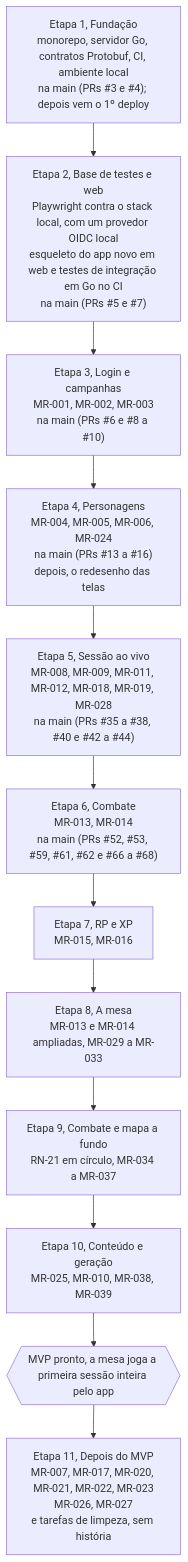
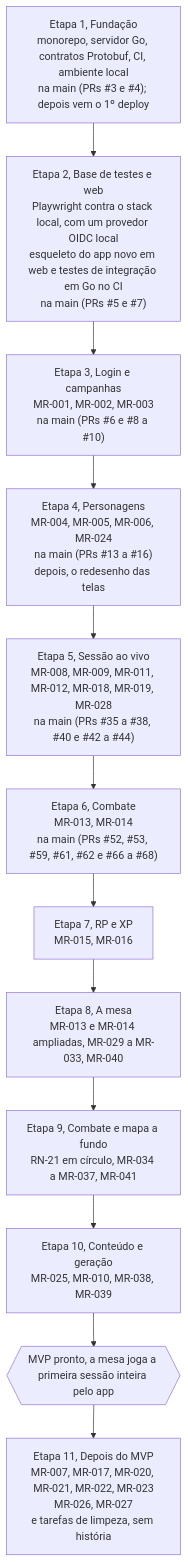
One commit to PuraFome/meuRPG changed the diagram in docs/roadmap.md. Above: the diagram before and after it, drawn with Mermaid. The commit also changed other lines of this file and 7 other files, not shown here.

````diff
--- a/docs/roadmap.md
+++ b/docs/roadmap.md
@@ -5,17 +5,17 @@
 ```mermaid
 flowchart TD
     E1["Etapa 1, Fundação<br/>monorepo, servidor Go, contratos Protobuf, CI, ambiente local<br/>na main (PRs #3 e #4); depois vem o 1º deploy"]
     E2["Etapa 2, Base de testes e web<br/>Playwright contra o stack local, com um provedor OIDC local<br/>esqueleto do app novo em web e testes de integração em Go no CI<br/>na main (PRs #5 e #7)"]
     E3["Etapa 3, Login e campanhas<br/>MR-001, MR-002, MR-003<br/>na main (PRs #6 e #8 a #10)"]
     E4["Etapa 4, Personagens<br/>MR-004, MR-005, MR-006, MR-024<br/>na main (PRs #13 a #16)<br/>depois, o redesenho das telas"]
     E5["Etapa 5, Sessão ao vivo<br/>MR-008, MR-009, MR-011, MR-012, MR-018, MR-019, MR-028<br/>na main (PRs #35 a #38, #40 e #42 a #44)"]
     E6["Etapa 6, Combate<br/>MR-013, MR-014<br/>na main (PRs #52, #53, #59, #61, #62 e #66 a #68)"]
     E7["Etapa 7, RP e XP<br/>MR-015, MR-016"]
-    E8["Etapa 8, A mesa<br/>MR-013 e MR-014 ampliadas, MR-029 a MR-033"]
-    E9["Etapa 9, Combate e mapa a fundo<br/>RN-21 em círculo, MR-034 a MR-037"]
+    E8["Etapa 8, A mesa<br/>MR-013 e MR-014 ampliadas, MR-029 a MR-033, MR-040"]
+    E9["Etapa 9, Combate e mapa a fundo<br/>RN-21 em círculo, MR-034 a MR-037, MR-041"]
     E10["Etapa 10, Conteúdo e geração<br/>MR-025, MR-010, MR-038, MR-039"]
     MVP{{"MVP pronto, a mesa joga a primeira sessão inteira pelo app"}}
     E11["Etapa 11, Depois do MVP<br/>MR-007, MR-017, MR-020, MR-021, MR-022, MR-023<br/>MR-026, MR-027<br/>e tarefas de limpeza, sem história"]
 
     E1 --> E2 --> E3 --> E4 --> E5 --> E6 --> E7 --> E8 --> E9 --> E10 --> MVP --> E11
 ```
````
